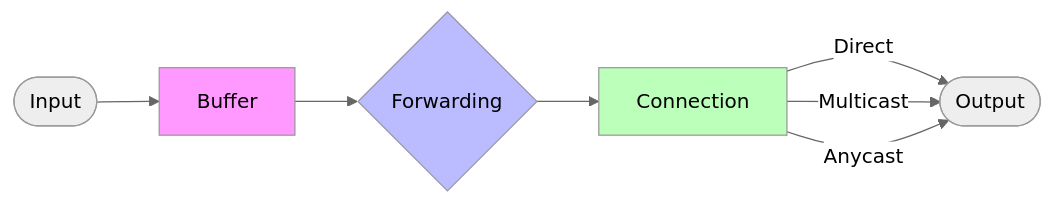
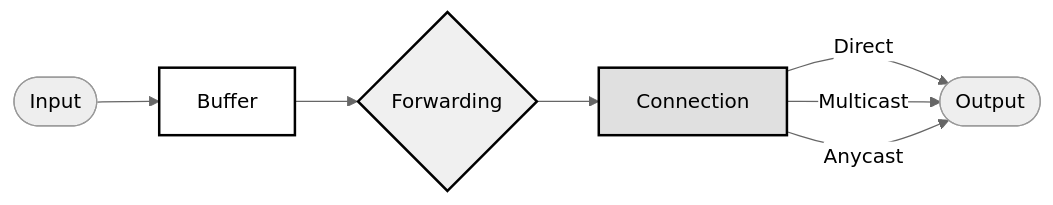
Before and after one commit to agntcy/docs: the diagram in docs/pages/agp-data-plane.md, drawn with Mermaid (neutral theme). The commit also changed 1 other file, not shown here.

Commit message:
docs: agp update

````diff
--- a/docs/pages/agp-data-plane.md
+++ b/docs/pages/agp-data-plane.md
@@ -45,13 +45,13 @@
 ```mermaid
 graph LR
     A([Input]) --> B[Buffer]
     B --> C{Forwarding}
     C --> D[Connection]
     D -->|Direct| E([Output])
     D -->|Multicast| E
     D -->|Anycast| E
 
-    style B fill:#f9f
-    style C fill:#bbf
-    style D fill:#bfb
+    style B fill:#ffffff,stroke:#000000,stroke-width:2px
+    style C fill:#f0f0f0,stroke:#000000,stroke-width:2px
+    style D fill:#e0e0e0,stroke:#000000,stroke-width:2px
 ```
````
